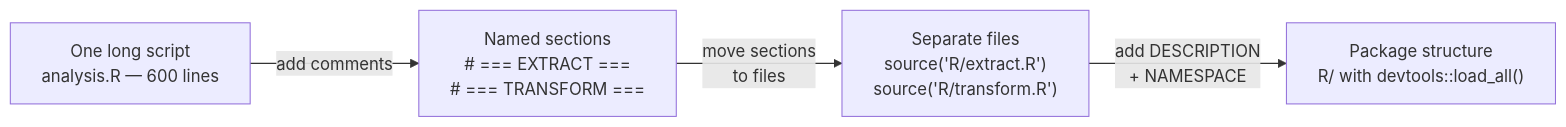
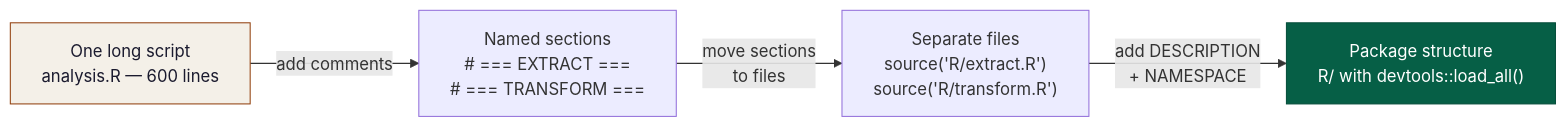
One commit to Ch3w3y/docker_gcp changed the third of 4 diagrams in docs/code-organisation.md. Above: the diagram before and after it, drawn with Mermaid. The commit also changed other lines of this file and 3 other files, not shown here.

First line of the commit message:
fix(a11y): add node styles to remaining unstyled diagrams

````diff
--- a/docs/code-organisation.md
+++ b/docs/code-organisation.md
@@ -422,11 +426,13 @@
 ```mermaid
 flowchart LR
     A["One long script<br>analysis.R — 600 lines"]
     B["Named sections<br># === EXTRACT ===<br># === TRANSFORM ==="]
     C["Separate files<br>source('R/extract.R')<br>source('R/transform.R')"]
     D["Package structure<br>R/ with devtools::load_all()"]
 
     A -->|"add comments"| B
     B -->|"move sections<br/>to files"| C
     C -->|"add DESCRIPTION<br/>+ NAMESPACE"| D
+    style A fill:#f4f0e8,stroke:#92400e,color:#1a1a2e
+    style D fill:#065f46,stroke:#064e3b,color:#ffffff
 ```
````
